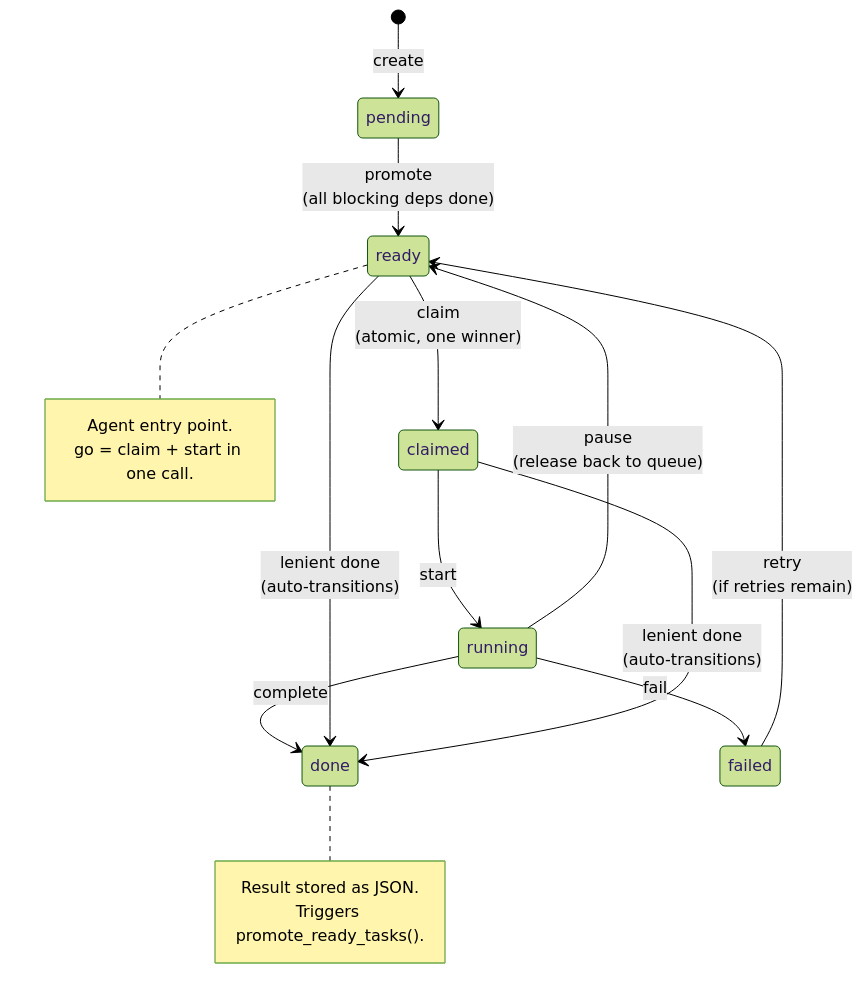
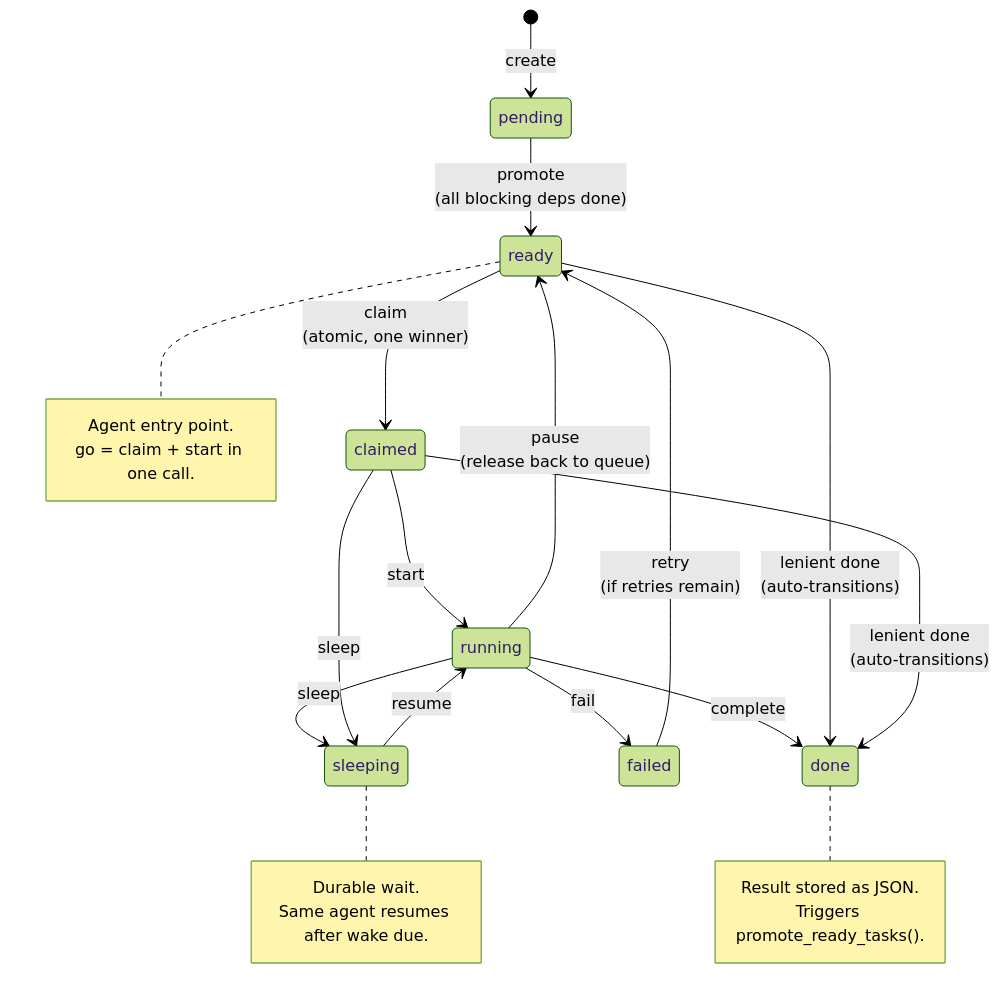
Before and after one commit to BudEcosystem/taskgraph: the third of 11 diagrams in docs/ARCHITECTURE.md, drawn with Mermaid (forest theme). The commit also changed other lines of this file and 17 other files, not shown here.

Commit message:
Add durable task sleep and wake

````diff
--- a/docs/ARCHITECTURE.md
+++ b/docs/ARCHITECTURE.md
@@ -99,17 +99,21 @@
 ```mermaid
 stateDiagram-v2
     [*] --> pending: create
     pending --> ready: promote<br/>(all blocking deps done)
     ready --> claimed: claim<br/>(atomic, one winner)
     claimed --> running: start
     running --> done: complete
     running --> failed: fail
+    running --> sleeping: sleep
+    claimed --> sleeping: sleep
+    sleeping --> running: resume
     running --> ready: pause<br/>(release back to queue)
     failed --> ready: retry<br/>(if retries remain)
 
     ready --> done: lenient done<br/>(auto-transitions)
     claimed --> done: lenient done<br/>(auto-transitions)
 
     note right of ready: Agent entry point.<br/>go = claim + start in one call.
+    note right of sleeping: Durable wait.<br/>Same agent resumes after wake due.
     note right of done: Result stored as JSON.<br/>Triggers promote_ready_tasks().
 ```
````
